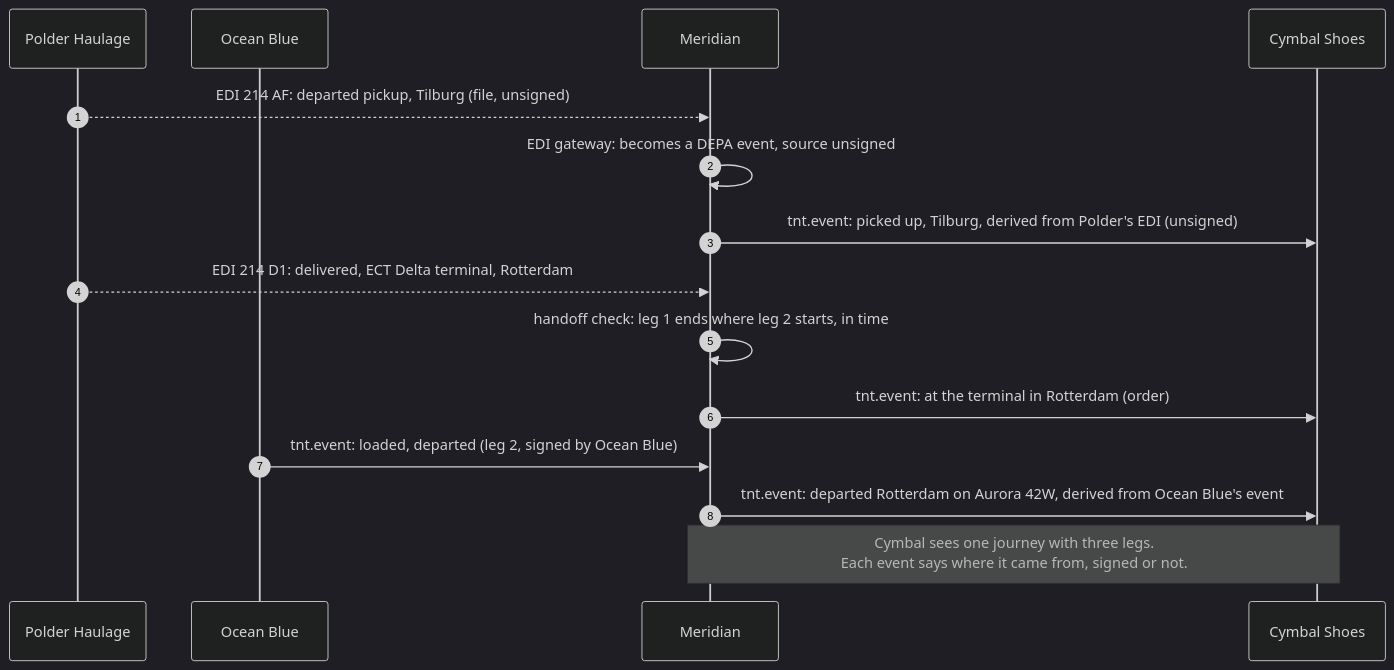
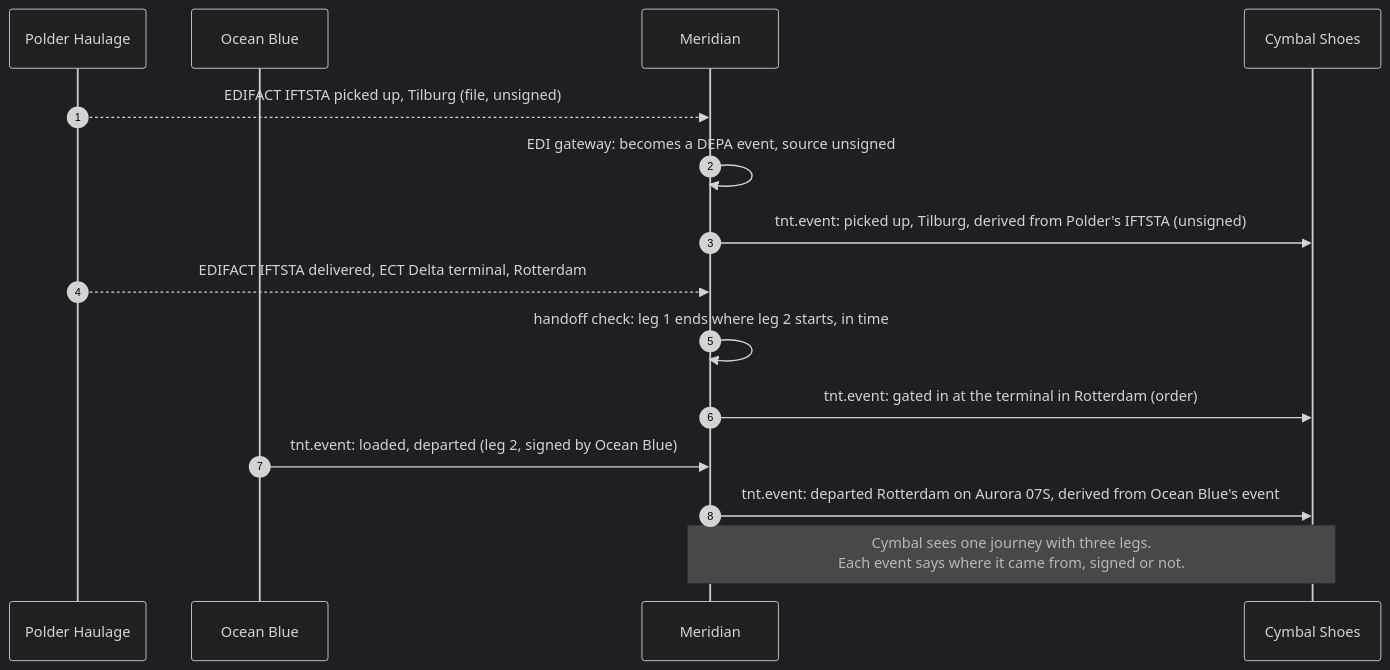
Before and after one commit to go-steer/supercargo: the fourth of 7 diagrams in docs/proposals/door-to-door-forwarder.md, drawn with Mermaid (dark theme). The commit also changed other lines of this file and 2 other files, not shown here.

````diff
--- a/docs/proposals/door-to-door-forwarder.md
+++ b/docs/proposals/door-to-door-forwarder.md
@@ -340,18 +451,18 @@
 ```mermaid
 sequenceDiagram
     autonumber
     participant PH as Polder Haulage
     participant OB as Ocean Blue
     participant MF as Meridian
     participant CS as Cymbal Shoes
 
-    PH-->>MF: EDI 214 AF: departed pickup, Tilburg (file, unsigned)
+    PH-->>MF: EDIFACT IFTSTA picked up, Tilburg (file, unsigned)
     MF->>MF: EDI gateway: becomes a DEPA event, source unsigned
-    MF->>CS: tnt.event: picked up, Tilburg, derived from Polder's EDI (unsigned)
-    PH-->>MF: EDI 214 D1: delivered, ECT Delta terminal, Rotterdam
+    MF->>CS: tnt.event: picked up, Tilburg, derived from Polder's IFTSTA (unsigned)
+    PH-->>MF: EDIFACT IFTSTA delivered, ECT Delta terminal, Rotterdam
     MF->>MF: handoff check: leg 1 ends where leg 2 starts, in time
-    MF->>CS: tnt.event: at the terminal in Rotterdam (order)
+    MF->>CS: tnt.event: gated in at the terminal in Rotterdam (order)
     OB->>MF: tnt.event: loaded, departed (leg 2, signed by Ocean Blue)
-    MF->>CS: tnt.event: departed Rotterdam on Aurora 42W, derived from Ocean Blue's event
+    MF->>CS: tnt.event: departed Rotterdam on Aurora 07S, derived from Ocean Blue's event
     Note over MF,CS: Cymbal sees one journey with three legs.<br/>Each event says where it came from, signed or not.
 ```
````
